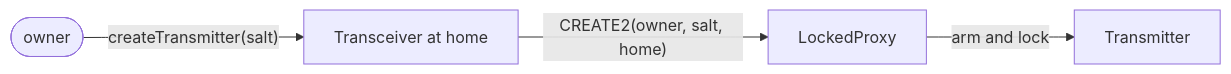
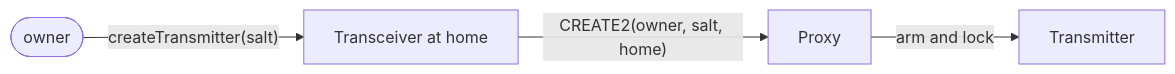
One commit to crossecute/protocol changed the first of 5 diagrams in README.md. Above: the diagram before and after it, drawn with Mermaid. The commit also changed other lines of this file and 89 other files, not shown here.

First line of the commit message:
refactor: rename LockedProxy to Proxy

````diff
--- a/README.md
+++ b/README.md
@@ -89,6 +89,6 @@
 ```mermaid
 flowchart LR
     Owner([owner]) -->|"createTransmitter(salt)"| T[Transceiver at home]
-    T -->|"CREATE2(owner, salt, home)"| Proxy[LockedProxy]
+    T -->|"CREATE2(owner, salt, home)"| Proxy[Proxy]
     Proxy -->|"arm and lock"| Tx[Transmitter]
 ```
````
